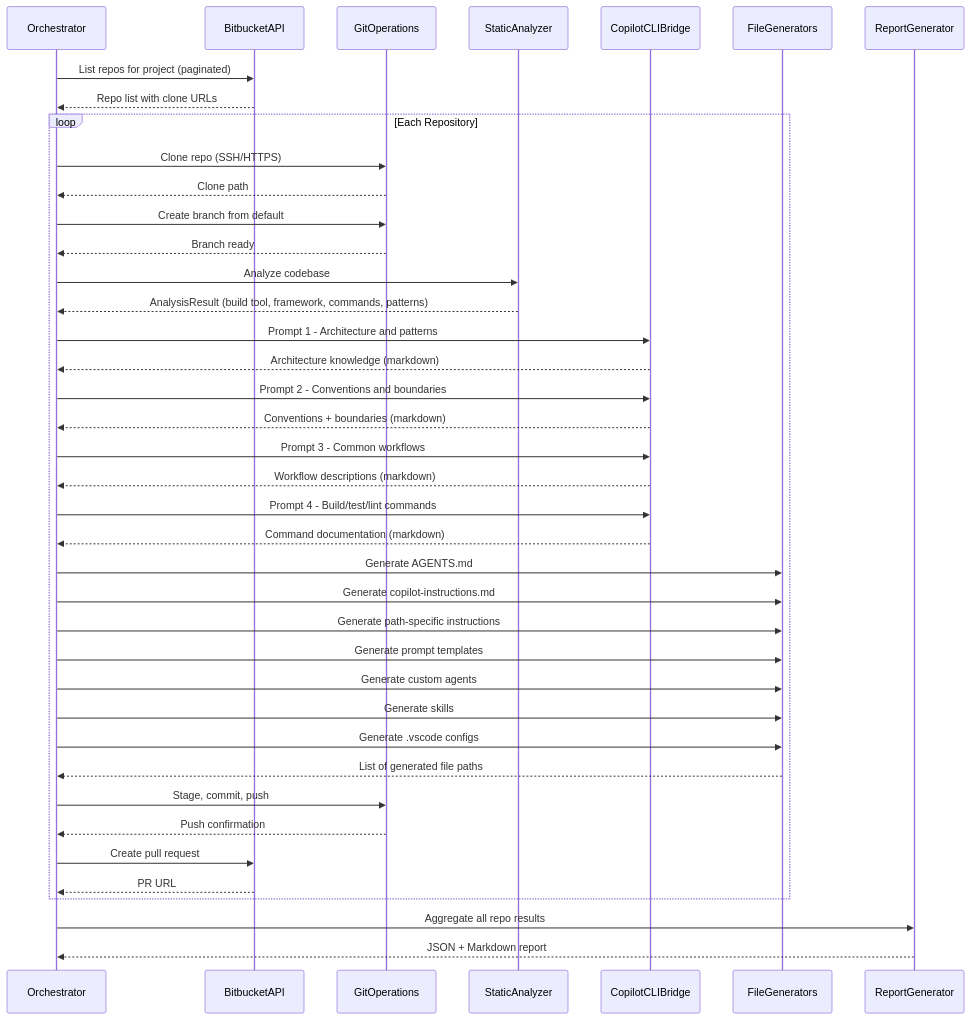
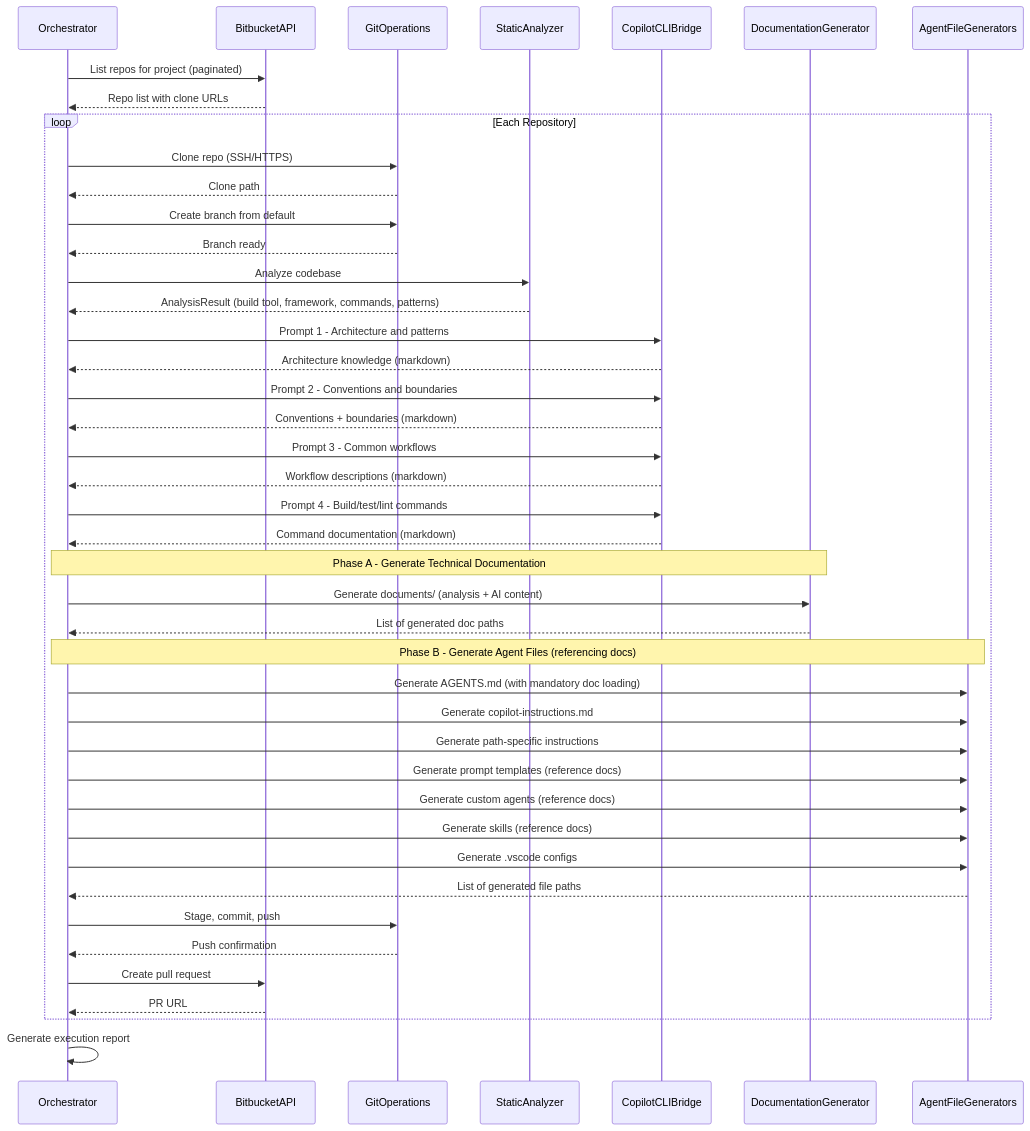
Before and after one commit to happysantoo/copilot-context-enabler: the second of 4 diagrams in documents/high-level-design.md, drawn with Mermaid. The commit also changed other lines of this file and 3 other files, not shown here.

First line of the commit message:
Add two-phase generation: technical docs first, then agent files referencing them

````diff
--- a/documents/high-level-design.md
+++ b/documents/high-level-design.md
@@ -419,54 +481,58 @@
 ```mermaid
 sequenceDiagram
     participant O as Orchestrator
     participant BB as BitbucketAPI
     participant G as GitOperations
     participant SA as StaticAnalyzer
     participant CLI as CopilotCLIBridge
-    participant Gen as FileGenerators
-    participant R as ReportGenerator
+    participant DocGen as DocumentationGenerator
+    participant AgentGen as AgentFileGenerators
 
     O->>BB: List repos for project (paginated)
     BB-->>O: Repo list with clone URLs
 
     loop Each Repository
         O->>G: Clone repo (SSH/HTTPS)
         G-->>O: Clone path
 
         O->>G: Create branch from default
         G-->>O: Branch ready
 
         O->>SA: Analyze codebase
         SA-->>O: AnalysisResult (build tool, framework, commands, patterns)
 
         O->>CLI: Prompt 1 - Architecture and patterns
         CLI-->>O: Architecture knowledge (markdown)
 
         O->>CLI: Prompt 2 - Conventions and boundaries
         CLI-->>O: Conventions + boundaries (markdown)
 
         O->>CLI: Prompt 3 - Common workflows
         CLI-->>O: Workflow descriptions (markdown)
 
         O->>CLI: Prompt 4 - Build/test/lint commands
         CLI-->>O: Command documentation (markdown)
 
-        O->>Gen: Generate AGENTS.md
-        O->>Gen: Generate copilot-instructions.md
-        O->>Gen: Generate path-specific instructions
-        O->>Gen: Generate prompt templates
-        O->>Gen: Generate custom agents
-        O->>Gen: Generate skills
-        O->>Gen: Generate .vscode configs
-        Gen-->>O: List of generated file paths
+        note over O,DocGen: Phase A - Generate Technical Documentation
+        O->>DocGen: Generate documents/ (analysis + AI content)
+        DocGen-->>O: List of generated doc paths
+
+        note over O,AgentGen: Phase B - Generate Agent Files (referencing docs)
+        O->>AgentGen: Generate AGENTS.md (with mandatory doc loading)
+        O->>AgentGen: Generate copilot-instructions.md
+        O->>AgentGen: Generate path-specific instructions
+        O->>AgentGen: Generate prompt templates (reference docs)
+        O->>AgentGen: Generate custom agents (reference docs)
+        O->>AgentGen: Generate skills (reference docs)
+        O->>AgentGen: Generate .vscode configs
+        AgentGen-->>O: List of generated file paths
 
         O->>G: Stage, commit, push
         G-->>O: Push confirmation
 
         O->>BB: Create pull request
         BB-->>O: PR URL
     end
 
-    O->>R: Aggregate all repo results
-    R-->>O: JSON + Markdown report
+    O->>O: Generate execution report
 ```
````
